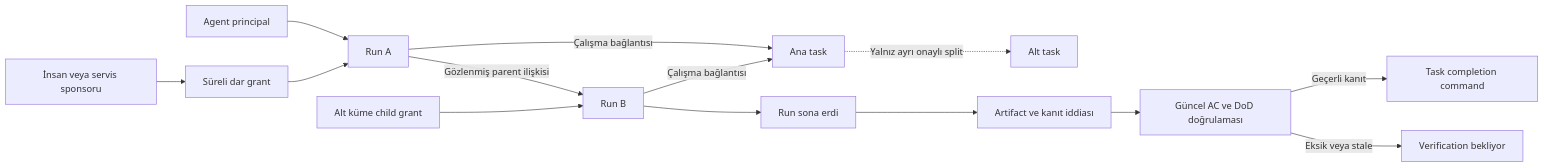
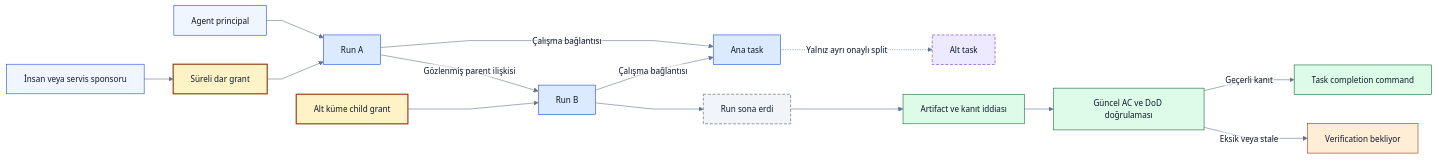
The ninth of 13 diagrams in docs/architecture/diagrams.md (alphanAkbulut/decivora), drawn with Mermaid before and after one commit. The commit also changed other lines of this file and 21 other files, not shown here.

Commit message:
Refresh all Mermaid diagrams, clarify decision states and document rendering evidence

````diff
--- a/docs/architecture/diagrams.md
+++ b/docs/architecture/diagrams.md
@@ -261,16 +372,33 @@
 ```mermaid
+%%{init: {"theme":"base","themeVariables":{"fontFamily":"Arial, sans-serif","fontSize":"14px","primaryColor":"#eff6ff","primaryTextColor":"#0f172a","primaryBorderColor":"#1d4ed8","lineColor":"#64748b","secondaryColor":"#ccfbf1","tertiaryColor":"#f1f5f9","background":"#ffffff","mainBkg":"#eff6ff","textColor":"#0f172a","clusterBkg":"#f8fafc","clusterBorder":"#94a3b8","edgeLabelBackground":"#ffffff","actorBkg":"#eff6ff","actorTextColor":"#0f172a","actorBorder":"#1d4ed8","signalColor":"#64748b","signalTextColor":"#0f172a","noteBkgColor":"#fef3c7","noteTextColor":"#0f172a","noteBorderColor":"#92400e"},"flowchart":{"htmlLabels":false,"curve":"linear"},"sequence":{"wrap":true},"themeCSS":"background-color:#ffffff;"}}%%
 flowchart LR
+    accTitle: İnsan, agent run ve ürün task ayrımı
+    accDescr: Önerilen tasarım veya açıkça belirtilen sentetik örnek. Renkler alan ve kontrol türünü gösterir; implemented veya passed kanıtı değildir. Yetki, revision ve coverage sınırları korunur.
     H[İnsan veya servis sponsoru] --> G[Süreli dar grant]
     A[Agent principal] --> R1[Run A]
     G --> R1
     R1 -->|Gözlenmiş parent ilişkisi| R2[Run B]
     G2[Alt küme child grant] --> R2
     R1 -->|Çalışma bağlantısı| T[Ana task]
     R2 -->|Çalışma bağlantısı| T
     T -.->|Yalnız ayrı onaylı split| ST[Alt task]
     R2 --> END[Run sona erdi]
     END --> E[Artifact ve kanıt iddiası]
     E --> V[Güncel AC ve DoD doğrulaması]
     V -->|Geçerli kanıt| DONE[Task completion command]
     V -->|Eksik veya stale| WAIT[Verification bekliyor]
+    classDef source fill:#eff6ff,stroke:#1d4ed8,color:#0f172a
+    classDef gate fill:#fef3c7,stroke:#92400e,color:#0f172a,stroke-width:2px
+    classDef process fill:#dbeafe,stroke:#1d4ed8,color:#0f172a
+    classDef future fill:#ede9fe,stroke:#6d28d9,color:#0f172a,stroke-dasharray:5 3
+    classDef history fill:#f1f5f9,stroke:#475569,color:#0f172a,stroke-dasharray:5 3
+    classDef evidence fill:#dcfce7,stroke:#166534,color:#0f172a
+    classDef warning fill:#ffedd5,stroke:#9a3412,color:#0f172a
+    class H,A source
+    class G,G2 gate
+    class R1,R2,T process
+    class ST future
+    class END history
+    class E,V,DONE evidence
+    class WAIT warning
 ```
````
